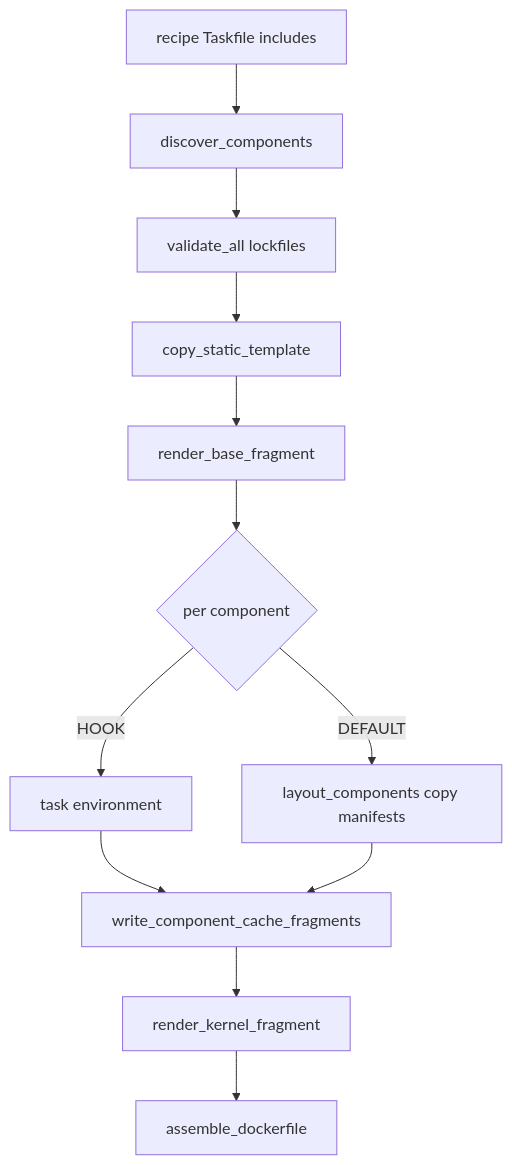
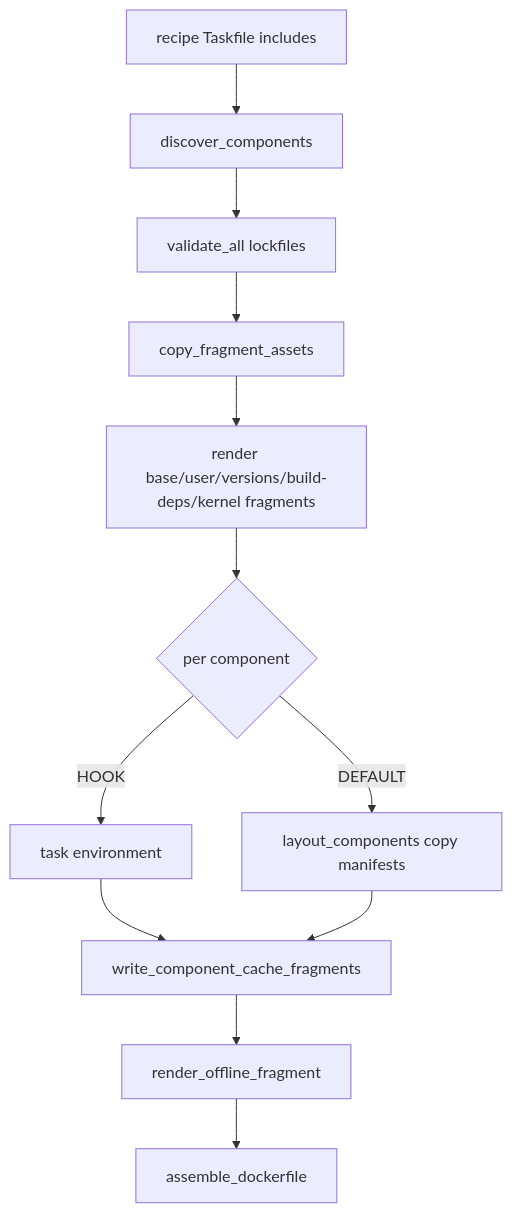
One commit to datarobot-oss/dr-environment changed the diagram in AGENTS.md. Above: the diagram before and after it, drawn with Mermaid. The commit also changed other lines of this file and 4 other files, not shown here.

````diff
--- a/AGENTS.md
+++ b/AGENTS.md
@@ -62,14 +71,14 @@
 ```mermaid
 flowchart TD
     A[recipe Taskfile includes] --> B[discover_components]
     B --> C[validate_all lockfiles]
-    C --> D[copy_static_template]
-    D --> E[render_base_fragment]
+    C --> D[copy_fragment_assets]
+    D --> E[render base/user/versions/build-deps/kernel fragments]
     E --> F{per component}
     F -->|HOOK| G[task environment]
     F -->|DEFAULT| H[layout_components copy manifests]
     G --> I[write_component_cache_fragments]
     H --> I
-    I --> J[render_kernel_fragment]
+    I --> J[render_offline_fragment]
     J --> K[assemble_dockerfile]
 ```
````
